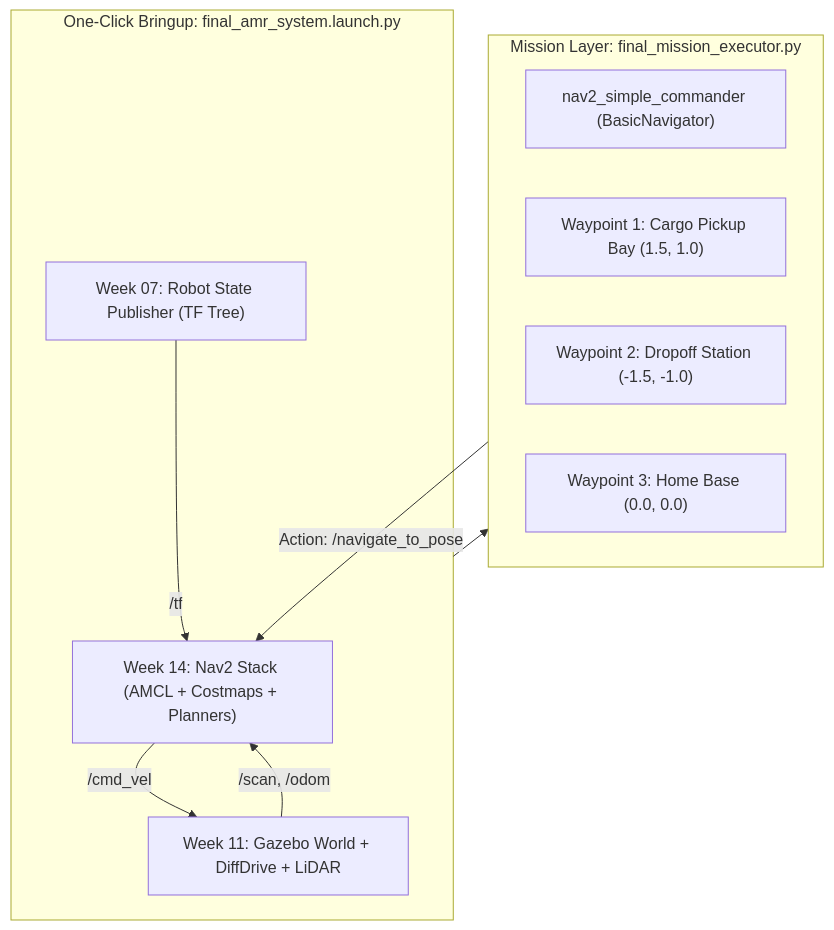
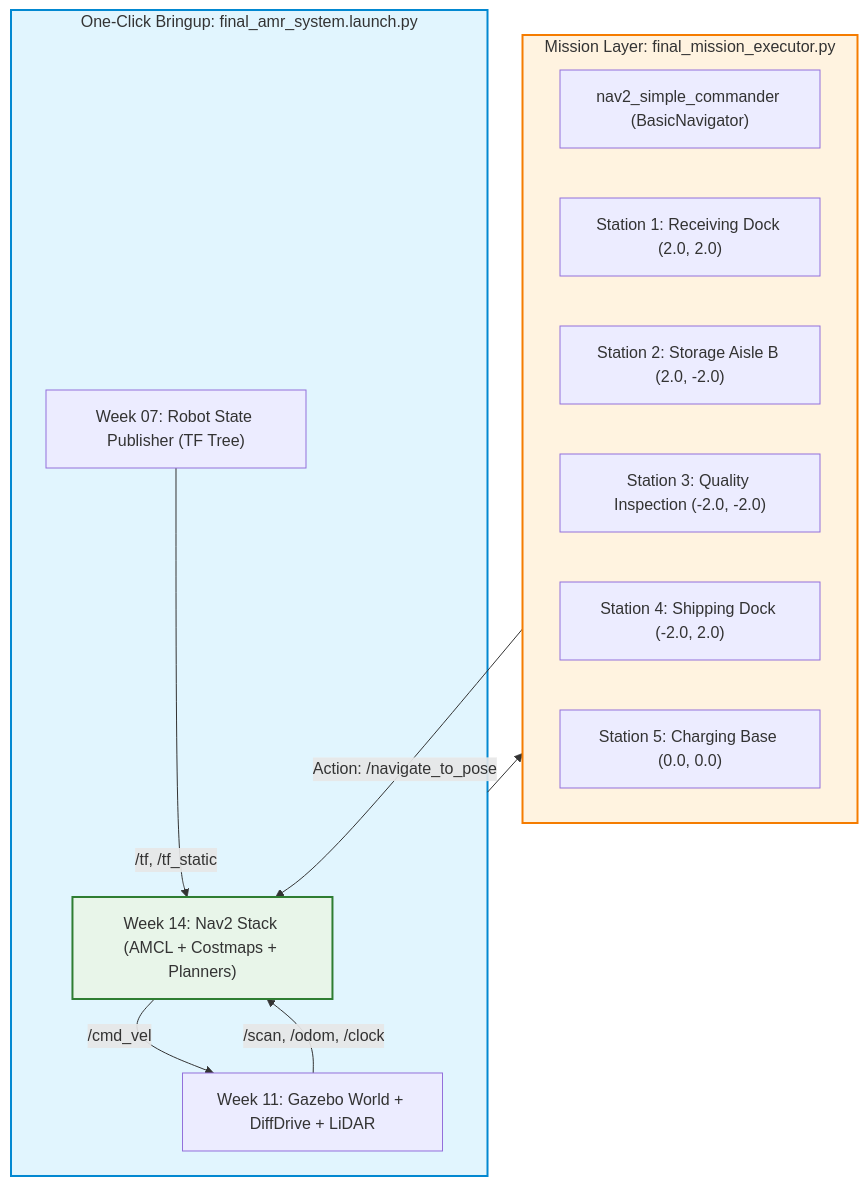
The diagram in Essential_ROS/Week_16_Final_Demonstration/Readme.md (alfaXphoori/ros2), drawn with Mermaid before and after one commit. The commit also changed other lines of this file and 15 other files, not shown here.

````diff
--- a/Essential_ROS/Week_16_Final_Demonstration/Readme.md
+++ b/Essential_ROS/Week_16_Final_Demonstration/Readme.md
@@ -31,21 +31,27 @@
 ```mermaid
 flowchart TD
     subgraph LaunchSystem ["One-Click Bringup: final_amr_system.launch.py"]
         GazeboBringup["Week 11: Gazebo World + DiffDrive + LiDAR"]
         URDFBringup["Week 07: Robot State Publisher (TF Tree)"]
         Nav2Bringup["Week 14: Nav2 Stack (AMCL + Costmaps + Planners)"]
     end
 
     subgraph MissionControl ["Mission Layer: final_mission_executor.py"]
         NavAPI["nav2_simple_commander (BasicNavigator)"]
-        WP1["Waypoint 1: Cargo Pickup Bay (1.5, 1.0)"]
-        WP2["Waypoint 2: Dropoff Station (-1.5, -1.0)"]
-        WP3["Waypoint 3: Home Base (0.0, 0.0)"]
+        WP1["Station 1: Receiving Dock (2.0, 2.0)"]
+        WP2["Station 2: Storage Aisle B (2.0, -2.0)"]
+        WP3["Station 3: Quality Inspection (-2.0, -2.0)"]
+        WP4["Station 4: Shipping Dock (-2.0, 2.0)"]
+        WP5["Station 5: Charging Base (0.0, 0.0)"]
     end
 
     LaunchSystem --> MissionControl
     MissionControl -->|"Action: /navigate_to_pose"| Nav2Bringup
     Nav2Bringup -->|"/cmd_vel"| GazeboBringup
-    GazeboBringup -->|"/scan, /odom"| Nav2Bringup
-    URDFBringup -->|"/tf"| Nav2Bringup
+    GazeboBringup -->|"/scan, /odom, /clock"| Nav2Bringup
+    URDFBringup -->|"/tf, /tf_static"| Nav2Bringup
+
+    style LaunchSystem fill:#e1f5fe,stroke:#0288d1,stroke-width:2px
+    style MissionControl fill:#fff3e0,stroke:#f57c00,stroke-width:2px
+    style Nav2Bringup fill:#e8f5e9,stroke:#2e7d32,stroke-width:2px
 ```
````
